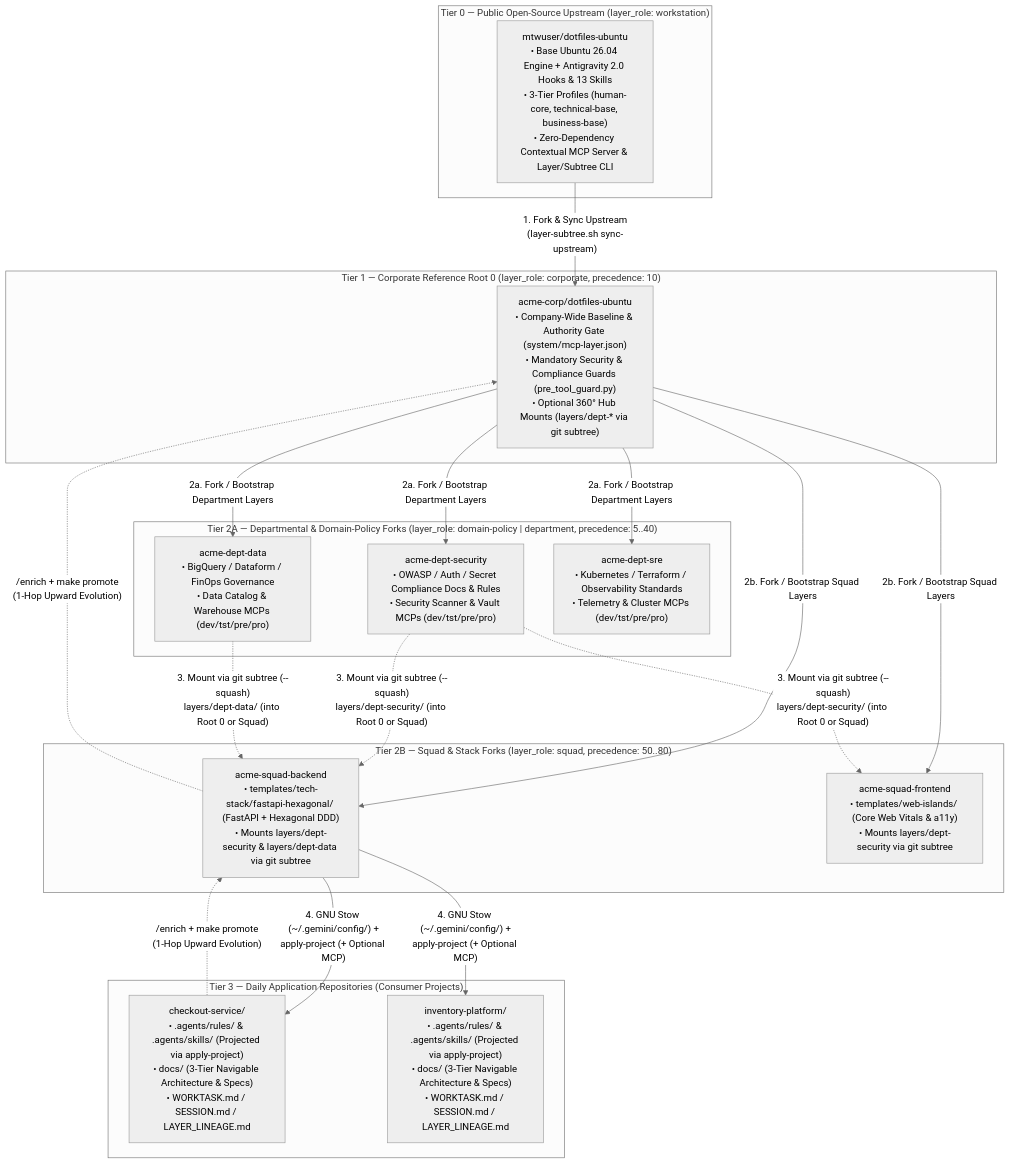
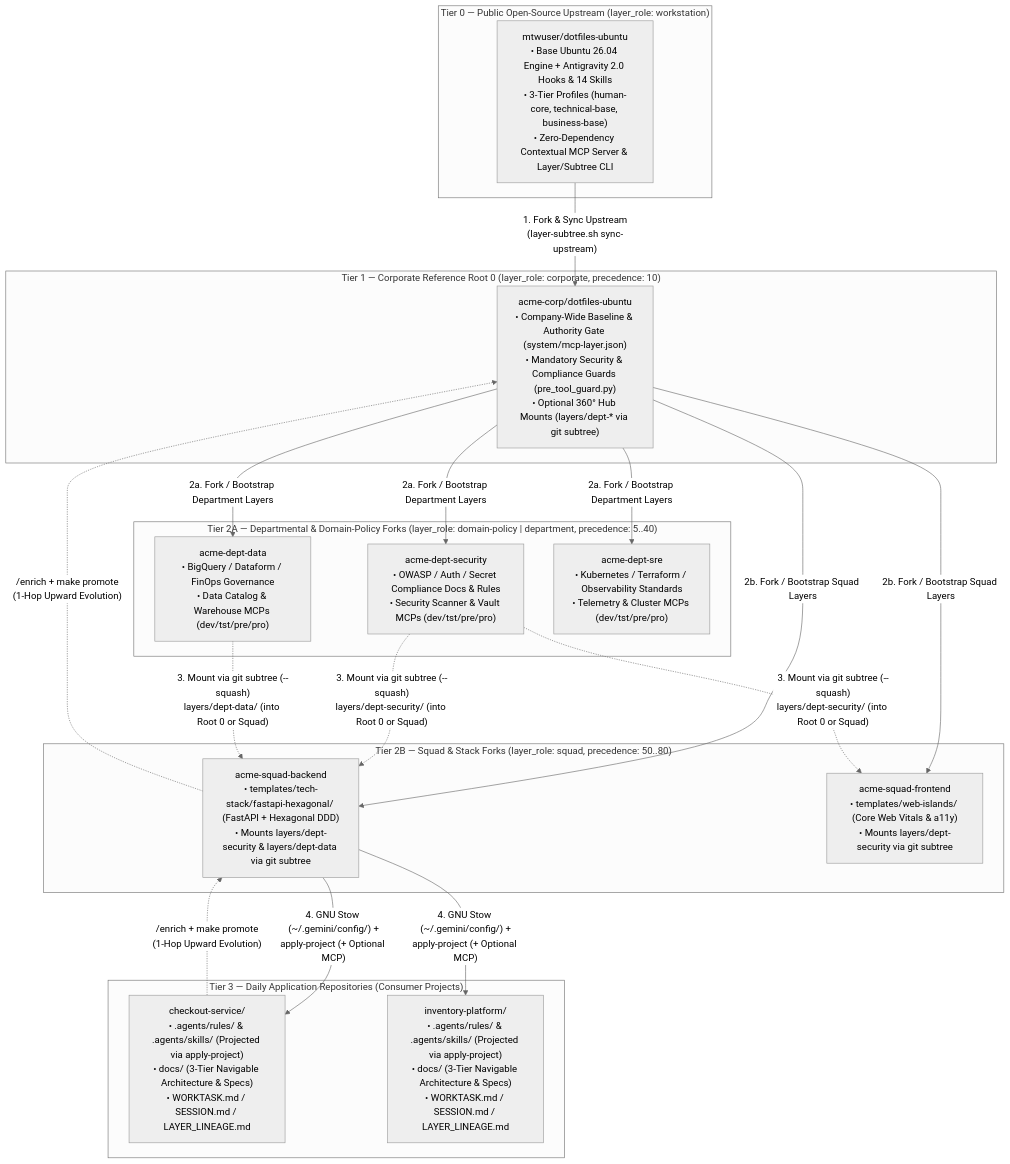
The first of 3 diagrams in docs/reference/enterprise_pair_programming_governance.md (mtwuser/dotfiles-ubuntu), drawn with Mermaid (neutral theme) before and after one commit. The commit also changed other lines of this file and 9 other files, not shown here.

````diff
--- a/docs/reference/enterprise_pair_programming_governance.md
+++ b/docs/reference/enterprise_pair_programming_governance.md
@@ -27,43 +27,43 @@
 ```mermaid
 flowchart TD
     subgraph OSS["Tier 0 — Public Open-Source Upstream (layer_role: workstation)"]
-        PUB["mtwuser/dotfiles-ubuntu\n• Base Ubuntu 26.04 Engine + Antigravity 2.0 Hooks & 13 Skills\n• 3-Tier Profiles (human-core, technical-base, business-base)\n• Zero-Dependency Contextual MCP Server & Layer/Subtree CLI"]
+        PUB["mtwuser/dotfiles-ubuntu\n• Base Ubuntu 26.04 Engine + Antigravity 2.0 Hooks & 14 Skills\n• 3-Tier Profiles (human-core, technical-base, business-base)\n• Zero-Dependency Contextual MCP Server & Layer/Subtree CLI"]
     end
 
     subgraph Org["Tier 1 — Corporate Reference Root 0 (layer_role: corporate, precedence: 10)"]
         CORP["acme-corp/dotfiles-ubuntu\n• Company-Wide Baseline & Authority Gate (system/mcp-layer.json)\n• Mandatory Security & Compliance Guards (pre_tool_guard.py)\n• Optional 360° Hub Mounts (layers/dept-* via git subtree)"]
     end
 
     subgraph Depts["Tier 2A — Departmental & Domain-Policy Forks (layer_role: domain-policy | department, precedence: 5..40)"]
         DEPT_SEC["acme-dept-security\n• OWASP / Auth / Secret Compliance Docs & Rules\n• Security Scanner & Vault MCPs (dev/tst/pre/pro)"]
         DEPT_DATA["acme-dept-data\n• BigQuery / Dataform / FinOps Governance\n• Data Catalog & Warehouse MCPs (dev/tst/pre/pro)"]
         DEPT_SRE["acme-dept-sre\n• Kubernetes / Terraform / Observability Standards\n• Telemetry & Cluster MCPs (dev/tst/pre/pro)"]
     end
 
     subgraph Squads["Tier 2B — Squad & Stack Forks (layer_role: squad, precedence: 50..80)"]
         SQUAD_BE["acme-squad-backend\n• templates/tech-stack/fastapi-hexagonal/ (FastAPI + Hexagonal DDD)\n• Mounts layers/dept-security & layers/dept-data via git subtree"]
         SQUAD_FE["acme-squad-frontend\n• templates/web-islands/ (Core Web Vitals & a11y)\n• Mounts layers/dept-security via git subtree"]
     end
 
     subgraph Apps["Tier 3 — Daily Application Repositories (Consumer Projects)"]
         PROJ_A["checkout-service/\n• .agents/rules/ & .agents/skills/ (Projected via apply-project)\n• docs/ (3-Tier Navigable Architecture & Specs)\n• WORKTASK.md / SESSION.md / LAYER_LINEAGE.md"]
         PROJ_B["inventory-platform/\n• .agents/rules/ & .agents/skills/ (Projected via apply-project)\n• docs/ (3-Tier Navigable Architecture & Specs)\n• WORKTASK.md / SESSION.md / LAYER_LINEAGE.md"]
     end
 
     PUB -->|"1. Fork & Sync Upstream\n(layer-subtree.sh sync-upstream)"| CORP
     CORP -->|"2a. Fork / Bootstrap Department Layers"| DEPT_SEC
     CORP -->|"2a. Fork / Bootstrap Department Layers"| DEPT_DATA
     CORP -->|"2a. Fork / Bootstrap Department Layers"| DEPT_SRE
     CORP -->|"2b. Fork / Bootstrap Squad Layers"| SQUAD_BE
     CORP -->|"2b. Fork / Bootstrap Squad Layers"| SQUAD_FE
 
     DEPT_SEC -.->|"3. Mount via git subtree (--squash)\nlayers/dept-security/ (into Root 0 or Squad)"| SQUAD_BE
     DEPT_DATA -.->|"3. Mount via git subtree (--squash)\nlayers/dept-data/ (into Root 0 or Squad)"| SQUAD_BE
     DEPT_SEC -.->|"3. Mount via git subtree (--squash)\nlayers/dept-security/ (into Root 0 or Squad)"| SQUAD_FE
 
     SQUAD_BE -->|"4. GNU Stow (~/.gemini/config/) +\napply-project (+ Optional MCP)"| PROJ_A
     SQUAD_BE -->|"4. GNU Stow (~/.gemini/config/) +\napply-project (+ Optional MCP)"| PROJ_B
 
     PROJ_A -.->|"/enrich + make promote\n(1-Hop Upward Evolution)"| SQUAD_BE
     SQUAD_BE -.->|"/enrich + make promote\n(1-Hop Upward Evolution)"| CORP
 ```
````
